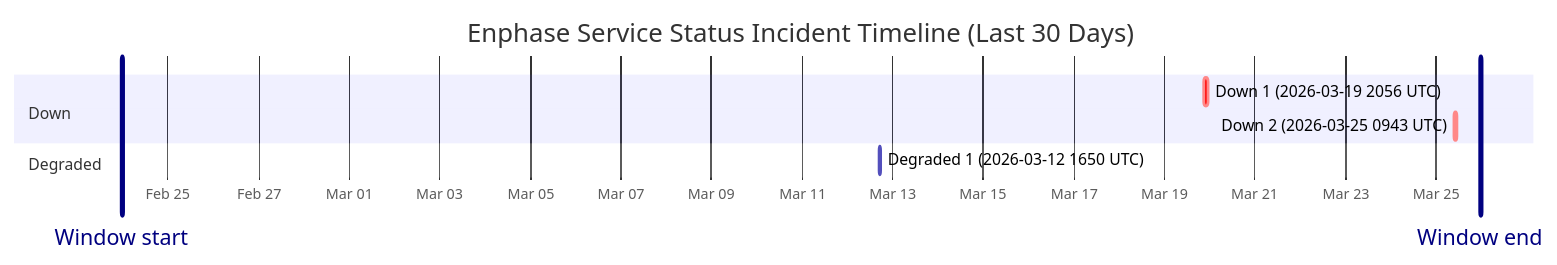
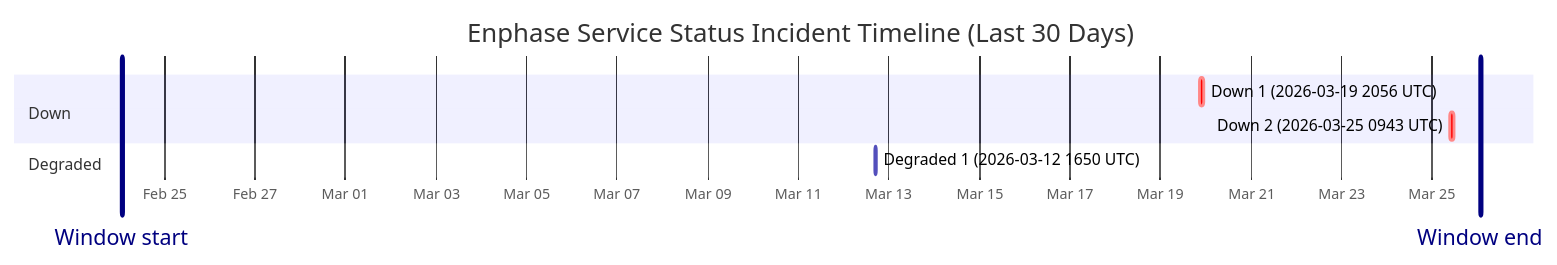
The diagram in wiki/Service-Status-History.md (barneyonline/ha-enphase-ev-charger), drawn with Mermaid before and after one commit. The commit also changed other lines of this file and 3 other files, not shown here.

````diff
--- a/wiki/Service-Status-History.md
+++ b/wiki/Service-Status-History.md
@@ -14,13 +14,13 @@
 ```mermaid
 gantt
     title Enphase Service Status Incident Timeline (Last 30 Days)
     dateFormat  YYYY-MM-DDTHH:mm:ss
     axisFormat  %b %d
-    Window start :vert, window-start, 2026-02-23T23:25:24, 0ms
-    Window end :vert, window-end, 2026-03-25T23:25:24, 0ms
+    Window start :vert, window-start, 2026-02-24T01:23:28, 0ms
+    Window end :vert, window-end, 2026-03-26T01:23:28, 0ms
     section Down
     Down 1 (2026-03-19 2056 UTC) :crit, down-1, 2026-03-19T20:56:20, 145m
     Down 2 (2026-03-25 0943 UTC) :crit, down-2, 2026-03-25T09:43:28, 111m
     section Degraded
     Degraded 1 (2026-03-12 1650 UTC) :active, degraded-1, 2026-03-12T16:50:43, 60m
 ```
````
